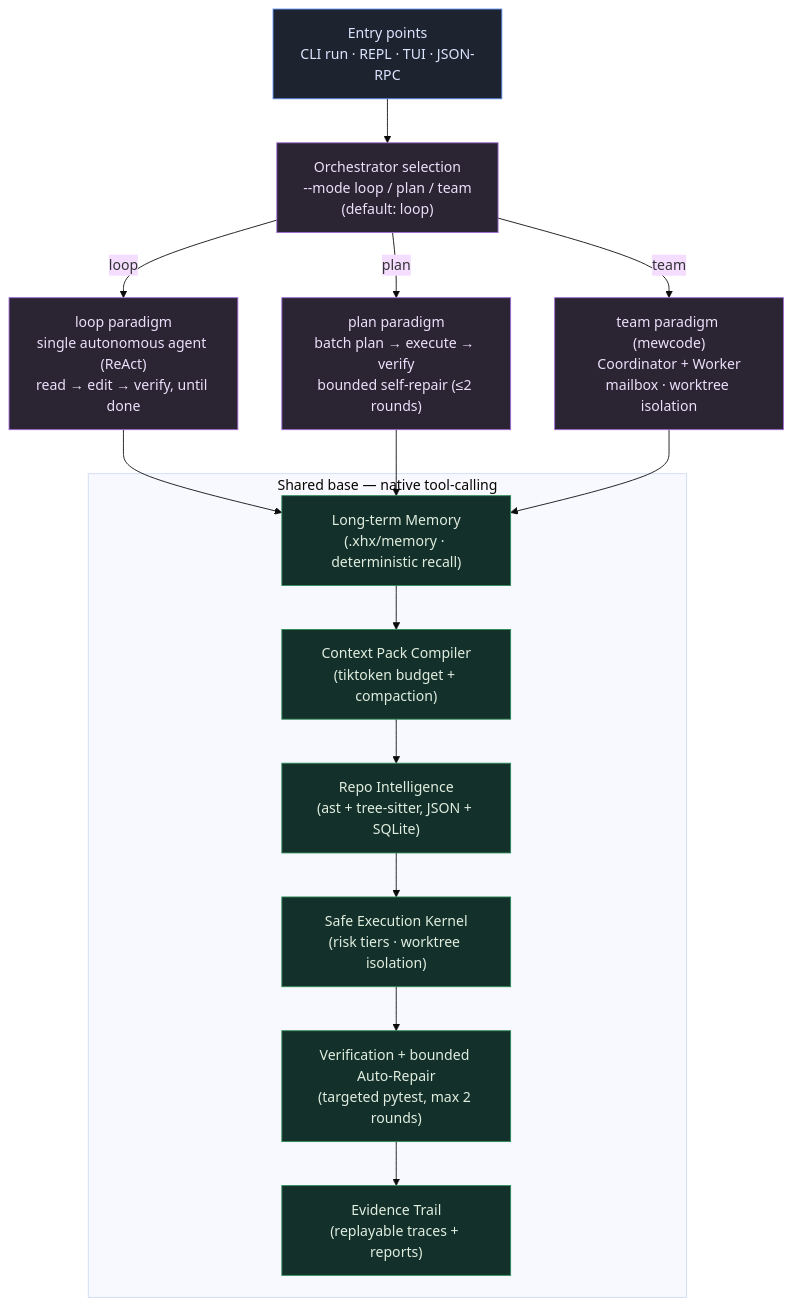
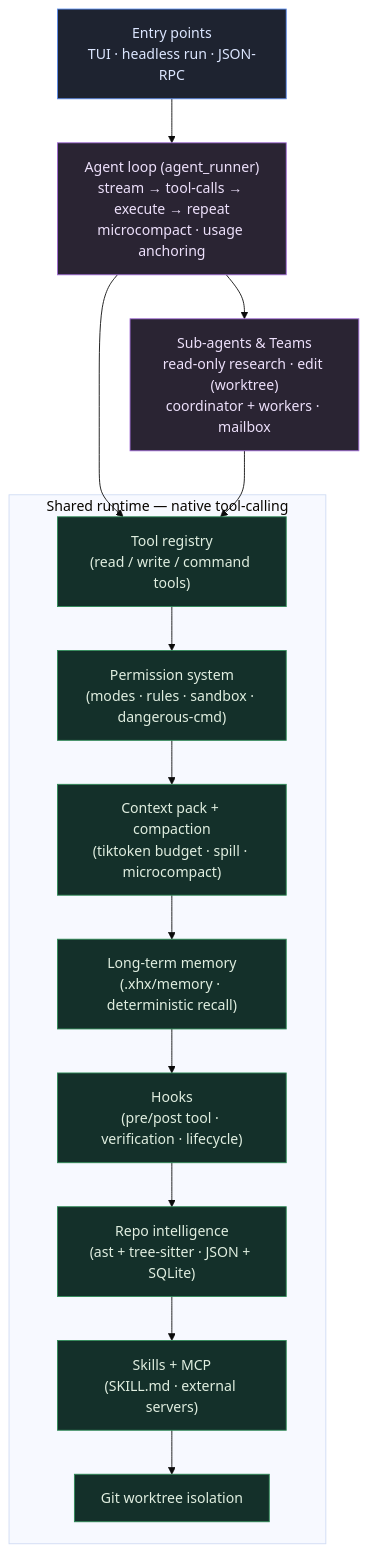
The diagram in README.md (kongshuilinhua/XHX-Agent), drawn with Mermaid (base theme) before and after one commit. The commit also changed other lines of this file and 2 other files, not shown here.

Commit message:
docs: README 深度修订对齐重构后架构（单一 agent 主循环 + 13 层运行时；移除已废弃的 tri-paradigm/--mode/benchmark 叙事）+ 删 graph 残留

````diff
--- a/README.md
+++ b/README.md
@@ -37,30 +36,26 @@
 ```mermaid
 graph TD
     classDef entry fill:#1e2330,stroke:#5b8def,stroke-width:1px,color:#dce6ff;
-    classDef orch fill:#2a2433,stroke:#a06bd6,stroke-width:1px,color:#ede0fb;
+    classDef core fill:#2a2433,stroke:#a06bd6,stroke-width:1px,color:#ede0fb;
     classDef base fill:#14302a,stroke:#2e8b57,stroke-width:1px,color:#e0eee0;
 
-    E["Entry points<br/>CLI run · REPL · TUI · JSON-RPC"]:::entry
-    S["Orchestrator selection<br/>--mode loop / plan / team<br/>(default: loop)"]:::orch
-    L["loop paradigm<br/>single autonomous agent (ReAct)<br/>read → edit → verify, until done"]:::orch
-    P["plan paradigm<br/>batch plan → execute → verify<br/>bounded self-repair (≤2 rounds)"]:::orch
-    G["team paradigm (mewcode)<br/>Coordinator + Worker<br/>mailbox · worktree isolation"]:::orch
+    E["Entry points<br/>TUI · headless run · JSON-RPC"]:::entry
+    A["Agent loop (agent_runner)<br/>stream → tool-calls → execute → repeat<br/>microcompact · usage anchoring"]:::core
+    SUB["Sub-agents & Teams<br/>read-only research · edit (worktree)<br/>coordinator + workers · mailbox"]:::core
 
-    subgraph base_box["Shared base — native tool-calling"]
-        M["Long-term Memory<br/>(.xhx/memory · deterministic recall)"]:::base
-        B["Context Pack Compiler<br/>(tiktoken budget + compaction)"]:::base
-        R["Repo Intelligence<br/>(ast + tree-sitter, JSON + SQLite)"]:::base
-        K["Safe Execution Kernel<br/>(risk tiers · worktree isolation)"]:::base
-        V["Verification + bounded Auto-Repair<br/>(targeted pytest, max 2 rounds)"]:::base
-        EV["Evidence Trail<br/>(replayable traces + reports)"]:::base
-        M --> B --> R --> K --> V --> EV
+    subgraph base_box["Shared runtime — native tool-calling"]
+        T["Tool registry<br/>(read / write / command tools)"]:::base
+        P["Permission system<br/>(modes · rules · sandbox · dangerous-cmd)"]:::base
+        C["Context pack + compaction<br/>(tiktoken budget · spill · microcompact)"]:::base
+        M["Long-term memory<br/>(.xhx/memory · deterministic recall)"]:::base
+        H["Hooks<br/>(pre/post tool · verification · lifecycle)"]:::base
+        R["Repo intelligence<br/>(ast + tree-sitter · JSON + SQLite)"]:::base
+        SK["Skills + MCP<br/>(SKILL.md · external servers)"]:::base
+        W["Git worktree isolation"]:::base
     end
 
-    E --> S
-    S -->|loop| L
-    S -->|plan| P
-    S -->|team| G
-    L --> M
-    P --> M
-    G --> M
+    E --> A
+    A --> SUB
+    A --> T --> P --> C --> M --> H --> R --> SK --> W
+    SUB --> T
 ```
````
